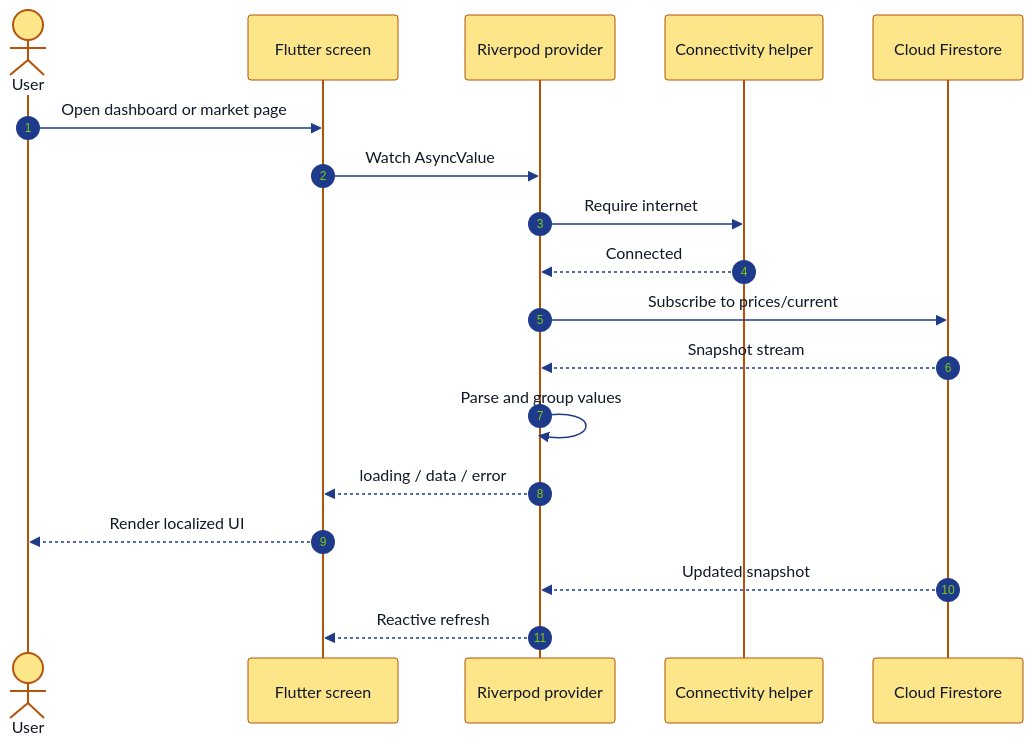
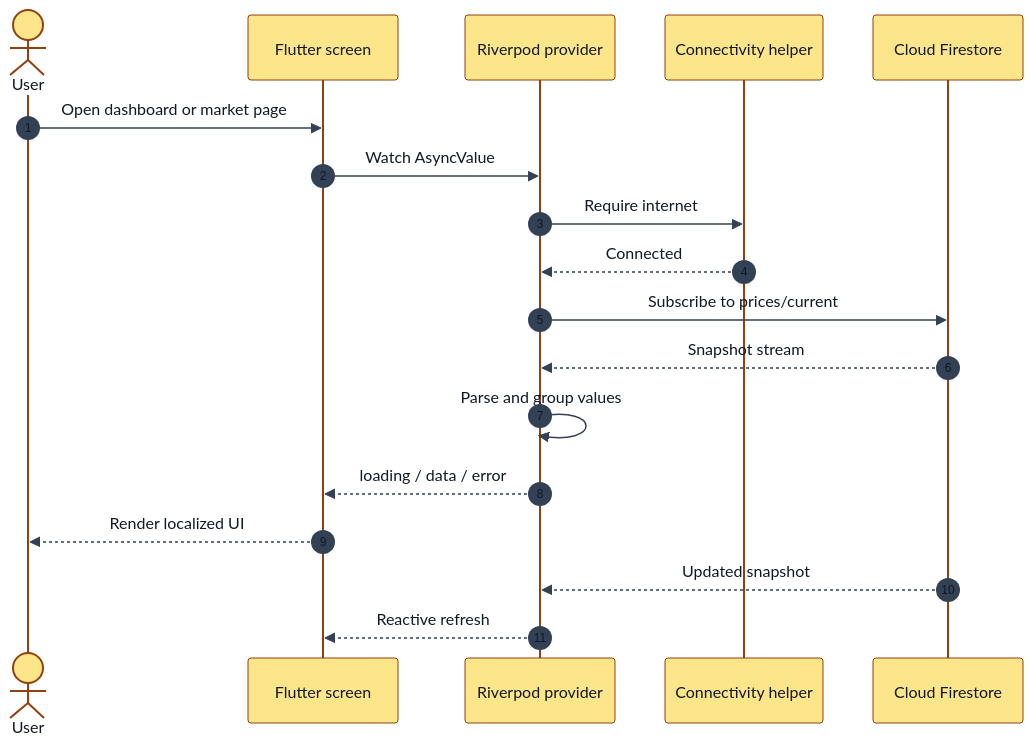
One commit to Rihabz1/Swarnakar changed the second of 8 diagrams in README.md. Above: the diagram before and after it, drawn with Mermaid.

```diff
--- a/README.md
+++ b/README.md
@@ -159,22 +159,22 @@
 ~~~mermaid
-%%{init: {"theme":"base","themeVariables":{"darkMode":false,"background":"#FFFFFF","fontSize":"18px","fontFamily":"Arial","textColor":"#111827","primaryColor":"#DBEAFE","primaryTextColor":"#111827","primaryBorderColor":"#1D4ED8","secondaryTextColor":"#111827","tertiaryTextColor":"#111827","lineColor":"#7C3AED","edgeLabelBackground":"#FFFFFF","actorBkg":"#FDE68A","actorBorder":"#B45309","actorTextColor":"#111827","signalColor":"#1E3A8A","signalTextColor":"#111827","labelBoxBkgColor":"#DCFCE7","labelBoxBorderColor":"#15803D","labelTextColor":"#111827","loopTextColor":"#111827","noteBkgColor":"#FEF3C7","noteBorderColor":"#D97706","noteTextColor":"#111827","titleColor":"#111827"}}}%%
+%%{init: {"theme":"base","themeCSS":"svg { background-color: #FFFFFF !important; } .messageText, .loopText, .labelText, .sequenceNumber { fill: #111827 !important; } .messageLine0, .messageLine1, .actor-line { stroke: #334155 !important; }","themeVariables":{"darkMode":false,"background":"#FFFFFF","fontSize":"18px","fontFamily":"Arial","textColor":"#111827","primaryColor":"#DBEAFE","primaryTextColor":"#111827","primaryBorderColor":"#1D4ED8","secondaryTextColor":"#111827","tertiaryTextColor":"#111827","lineColor":"#334155","actorBkg":"#FDE68A","actorBorder":"#92400E","actorTextColor":"#111827","signalColor":"#334155","signalTextColor":"#111827","labelBoxBkgColor":"#DCFCE7","labelBoxBorderColor":"#15803D","labelTextColor":"#111827","loopTextColor":"#111827","noteBkgColor":"#FEF3C7","noteBorderColor":"#B45309","noteTextColor":"#111827","sequenceNumberColor":"#111827","titleColor":"#111827"}}}%%
 sequenceDiagram
     autonumber
     actor User
     participant Screen as Flutter screen
     participant Provider as Riverpod provider
     participant Network as Connectivity helper
     participant DB as Cloud Firestore
 
     User->>Screen: Open dashboard or market page
     Screen->>Provider: Watch AsyncValue
     Provider->>Network: Require internet
     Network-->>Provider: Connected
     Provider->>DB: Subscribe to prices/current
     DB-->>Provider: Snapshot stream
     Provider->>Provider: Parse and group values
     Provider-->>Screen: loading / data / error
     Screen-->>User: Render localized UI
     DB-->>Provider: Updated snapshot
     Provider-->>Screen: Reactive refresh
 ~~~
```
